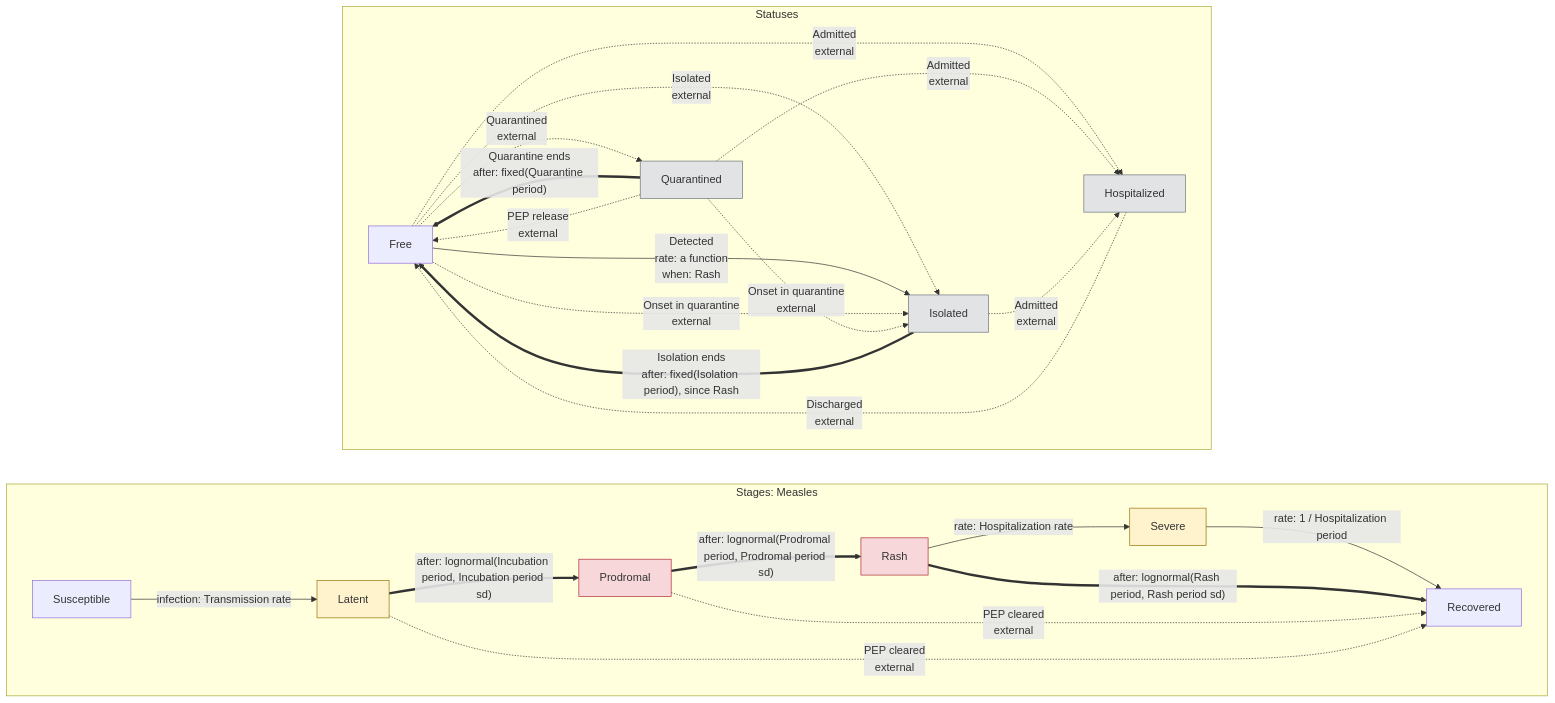
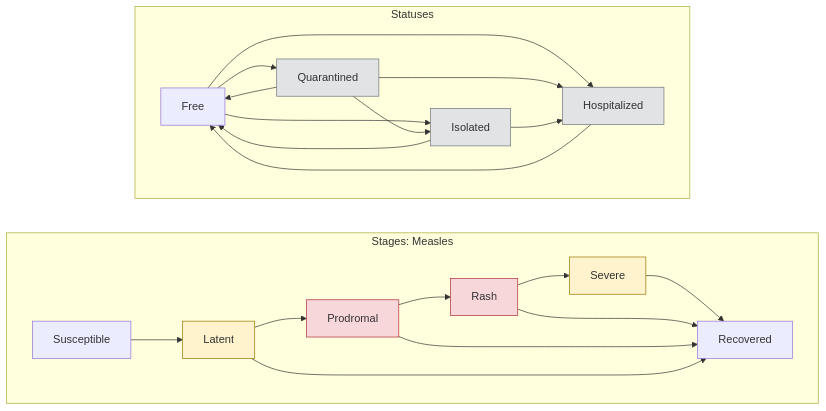
The diagram in include/measles/measlesmixing.mmd (UofUEpiBio/epiworld), drawn with Mermaid before and after one commit. The commit also changed 28 other files, not shown here.

First line of the commit message:
Close the natural-history plan: quarantine exemption by tool name, plain diagrams, NH-5 next

```diff
--- a/include/measles/measlesmixing.mmd
+++ b/include/measles/measlesmixing.mmd
@@ -1,41 +1,38 @@
 %% Drawn from the model's declarations by `make diagrams`; do not edit.
 flowchart LR
     subgraph stages["Stages: Measles"]
         direction LR
         s0["Susceptible"]
         s1["Latent"]:::carrier
         s2["Prodromal"]:::infectious
         s3["Rash"]:::infectious
         s4["Severe"]:::carrier
         s5["Recovered"]
-        s0 -->|"infection: Transmission rate"| s1
-        s1 ==>|"after: lognormal(Incubation period, Incubation period sd)"| s2
-        s2 ==>|"after: lognormal(Prodromal period, Prodromal period sd)"| s3
-        s3 -->|"rate: Hospitalization rate"| s4
-        s3 ==>|"after: lognormal(Rash period, Rash period sd)"| s5
-        s4 -->|"rate: 1 / Hospitalization period"| s5
-        s1 -.->|"PEP cleared<br>external"| s5
-        s2 -.->|"PEP cleared<br>external"| s5
+        s0 --> s1
+        s1 --> s2
+        s2 --> s3
+        s3 --> s4
+        s3 --> s5
+        s4 --> s5
+        s1 --> s5
+        s2 --> s5
     end
     subgraph statuses["Statuses"]
         direction LR
         q0["Free"]
         q1["Quarantined"]:::away
         q2["Isolated"]:::away
         q3["Hospitalized"]:::away
-        q0 -.->|"Quarantined<br>external"| q1
-        q1 ==>|"Quarantine ends<br>after: fixed(Quarantine period)"| q0
-        q0 -.->|"Isolated<br>external"| q2
-        q0 -->|"Detected<br>rate: a function<br>when: Rash"| q2
-        q0 -.->|"Onset in quarantine<br>external"| q2
-        q1 -.->|"Onset in quarantine<br>external"| q2
-        q2 ==>|"Isolation ends<br>after: fixed(Isolation period), since Rash"| q0
-        q0 -.->|"Admitted<br>external"| q3
-        q1 -.->|"Admitted<br>external"| q3
-        q2 -.->|"Admitted<br>external"| q3
-        q3 -.->|"Discharged<br>external"| q0
-        q1 -.->|"PEP release<br>external"| q0
+        q0 --> q1
+        q1 --> q0
+        q0 --> q2
+        q1 --> q2
+        q2 --> q0
+        q0 --> q3
+        q1 --> q3
+        q2 --> q3
+        q3 --> q0
     end
     classDef infectious fill:#f8d7da,stroke:#b02a37
     classDef carrier fill:#fff3cd,stroke:#997404
     classDef away fill:#e2e3e5,stroke:#6c757d
```
